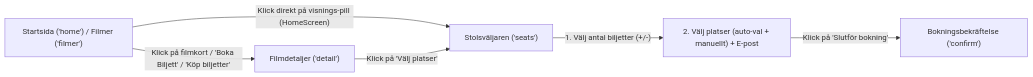
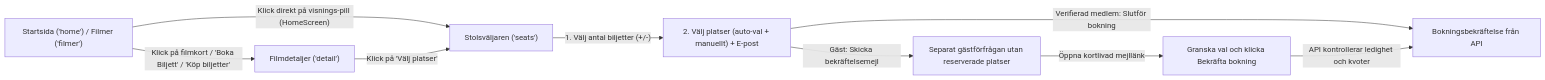
The diagram in design/flows.md (amir0321/filmvisarna-cinema), drawn with Mermaid before and after one commit. The commit also changed other lines of this file and 37 other files, not shown here.

````diff
--- a/design/flows.md
+++ b/design/flows.md
@@ -9,8 +11,11 @@
 ```mermaid
 flowchart LR
   A["Startsida ('home') / Filmer ('filmer')"] -->|"Klick på filmkort / 'Boka Biljett' / 'Köp biljetter'"| B["Filmdetaljer ('detail')"]
   A -->|"Klick direkt på visnings-pill (HomeScreen)"| C["Stolsväljaren ('seats')"]
   B -->|"Klick på 'Välj platser'"| C
   C -->|"1. Välj antal biljetter (+/-)"| D["2. Välj platser (auto-val + manuellt) + E-post"]
-  D -->|"Klick på 'Slutför bokning'"| E["Bokningsbekräftelse ('confirm')"]
+  D -->|"Verifierad medlem: Slutför bokning"| E["Bokningsbekräftelse från API"]
+  D -->|"Gäst: Skicka bekräftelsemejl"| F["Separat gästförfrågan utan reserverade platser"]
+  F -->|"Öppna kortlivad mejllänk"| G["Granska val och klicka Bekräfta bokning"]
+  G -->|"API kontrollerar ledighet och kvoter"| E
 ```
````
